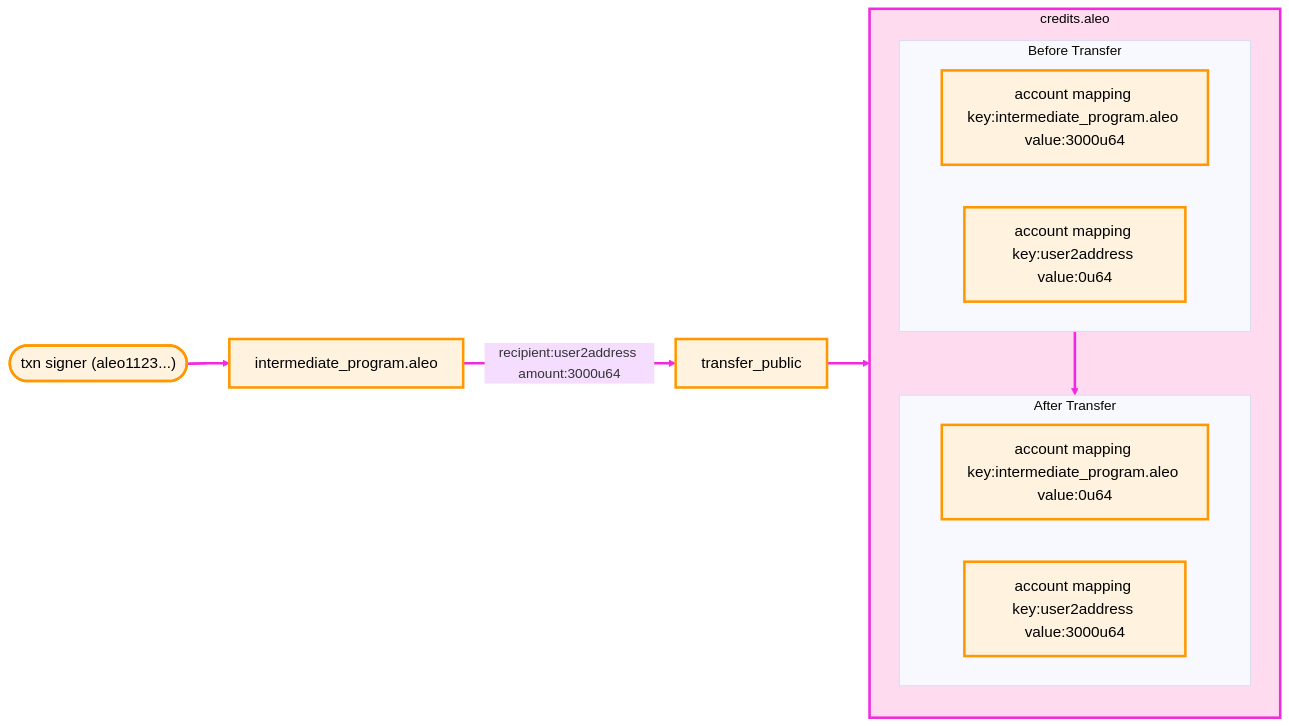
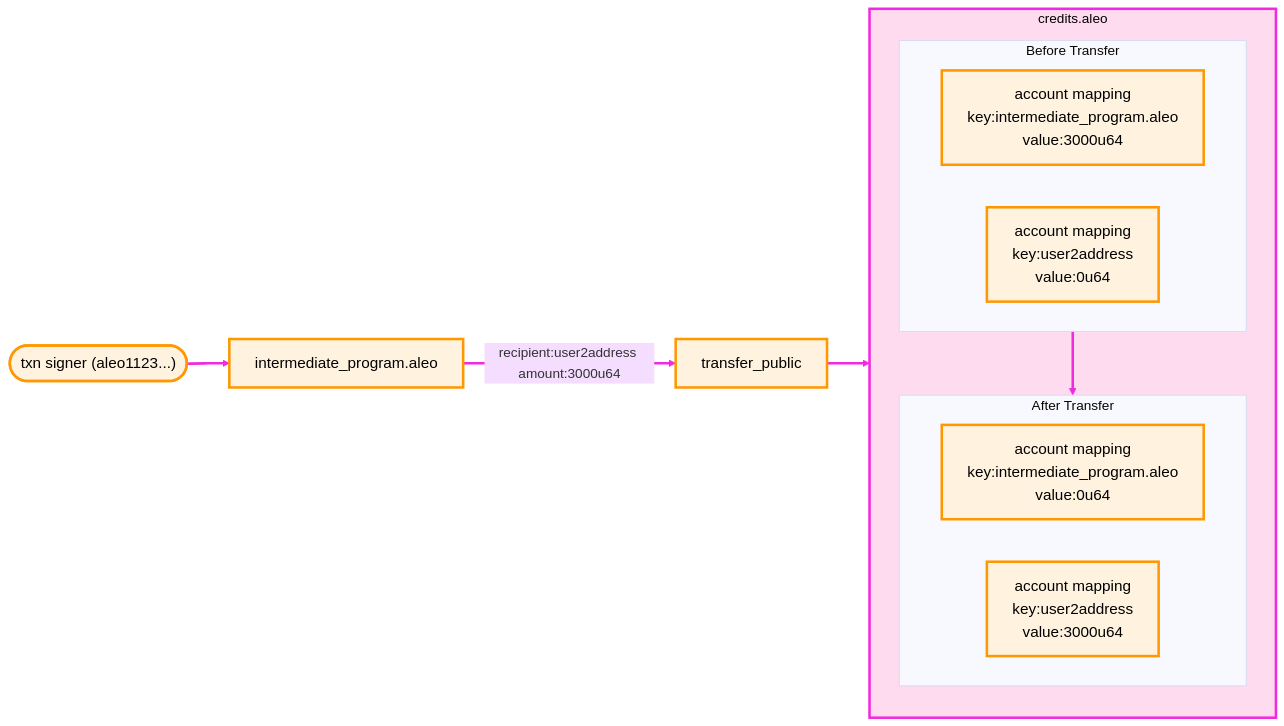
Before and after one commit to AleoNet/welcome: the fourth of 6 diagrams in documentation/concepts/fundamentals/08_transfers.md, drawn with Mermaid (base theme). The commit also changed other lines of this file, not shown here.

Commit message:
diagram visual fix

````diff
--- a/documentation/concepts/fundamentals/08_transfers.md
+++ b/documentation/concepts/fundamentals/08_transfers.md
@@ -168,21 +168,21 @@
 ```mermaid
 graph LR
     user1(["txn signer (aleo1123...)"])-->intermediate[intermediate_program.aleo]
     intermediate--recipient:user2address amount:3000u64-->t1[transfer_public]
     subgraph credits.aleo
         subgraph after["After Transfer"]
-            m1_after[account mapping key:intermediate_program.aleo value:0u64]
-            m2_after[account mapping key:user2address value:3000u64]
+            m1_after[account mapping<br>key:intermediate_program.aleo<br>value:0u64]
+            m2_after[account mapping<br>key:user2address<br>value:3000u64]
         end
         subgraph before["Before Transfer"]
-            m1_before[account mapping key:intermediate_program.aleo value:3000u64]
-            m2_before[account mapping key:user2address value:0u64]
+            m1_before[account mapping<br>key:intermediate_program.aleo<br>value:3000u64]
+            m2_before[account mapping<br>key:user2address<br>value:0u64]
         end
     end
     t1-->credits.aleo
     before-->after
 
     classDef default fill:#fff3e0,stroke:#ff9800,stroke-width:3px,color:#000,font-size:18px;
     style credits.aleo fill:#ffdbf0,stroke:#f229e0,stroke-width:3px,color:#000,font-size:16px;
     linkStyle default stroke:#f229e0,stroke-width:3px;
 ```
````
